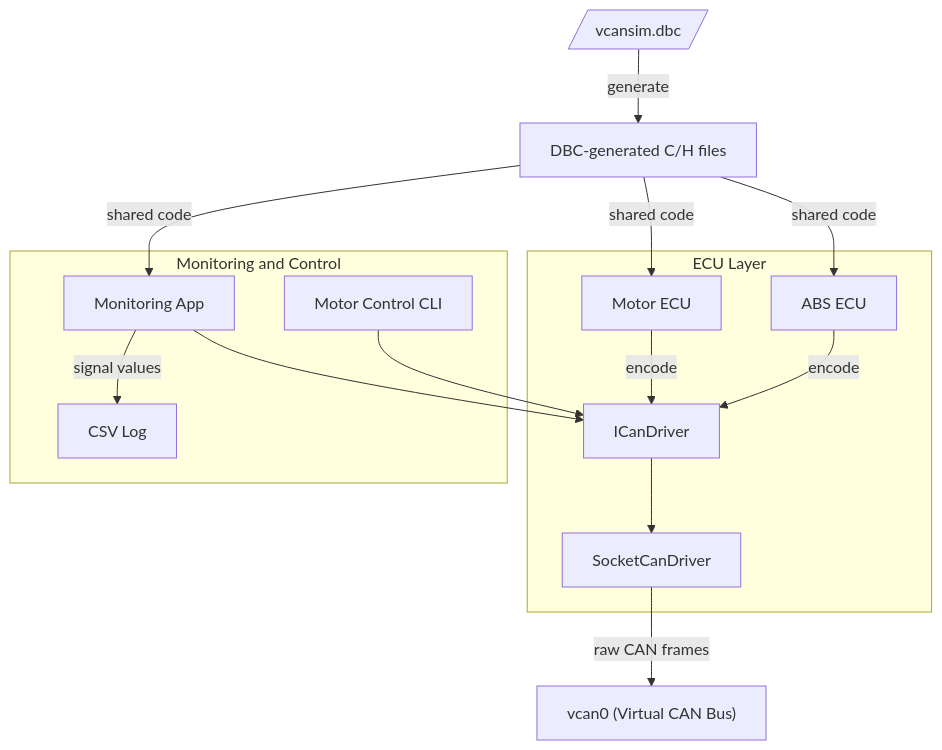
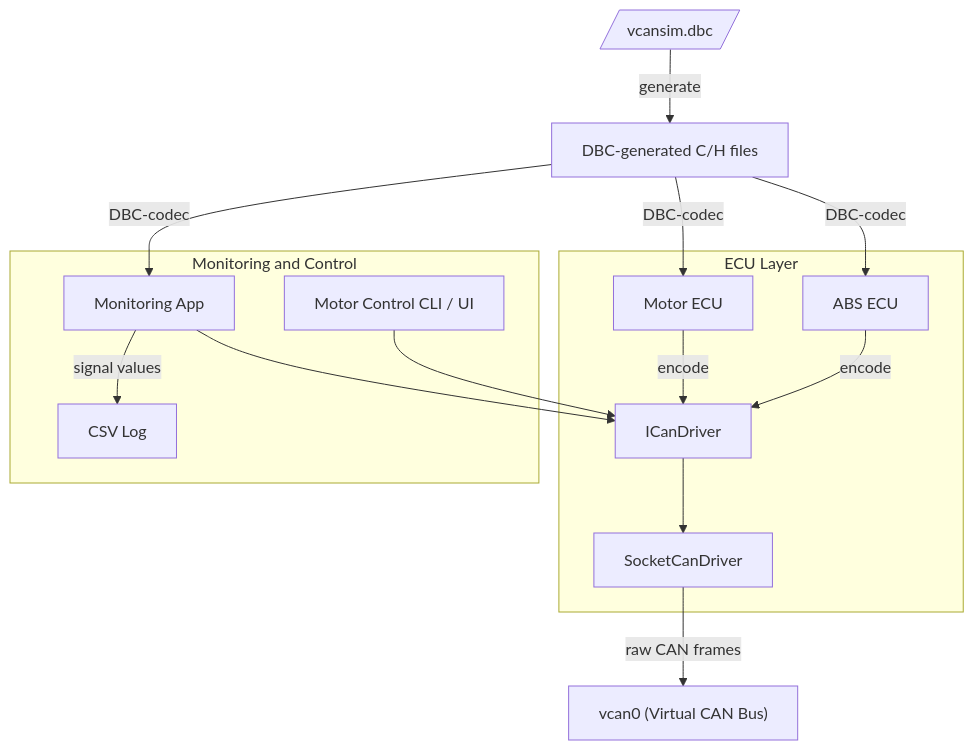
Before and after one commit to brahimab8/vcan-sim: the diagram in README.md, drawn with Mermaid. The commit also changed other lines of this file and 1 other file, not shown here.

Commit message:
docs: update README and architecture with UI layer and Qt app

````diff
--- a/README.md
+++ b/README.md
@@ -28,33 +29,33 @@
 ```mermaid
 graph TD
     subgraph ECUs[ECU Layer]
         MOTOR["Motor ECU"]
         ABS["ABS ECU"]
         IFACE[ICanDriver]
         DRV[SocketCanDriver]
     end
 
     VCAN["vcan0 (Virtual CAN Bus)"]
     DBC[/vcansim.dbc/]
     GEN["DBC-generated C/H files"]
 
     subgraph APPS[Monitoring and Control]
         MONAPP["Monitoring App"]
-        MOTOR_CTRL["Motor Control CLI"]
+        MOTOR_CTRL["Motor Control CLI / UI"]
         CSV[CSV Log]
     end
 
     MOTOR -->|encode| IFACE
     ABS -->|encode| IFACE
     IFACE --> DRV
     DRV -->|raw CAN frames| VCAN
 
     MONAPP --> IFACE
     MOTOR_CTRL --> IFACE
 
     DBC -->|generate| GEN
-    GEN -->|shared code| MOTOR
-    GEN -->|shared code| ABS
-    GEN -->|shared code| MONAPP
+    GEN -->|DBC-codec| MOTOR
+    GEN -->|DBC-codec| ABS
+    GEN -->|DBC-codec| MONAPP
     MONAPP -->|signal values| CSV
 ```
````
